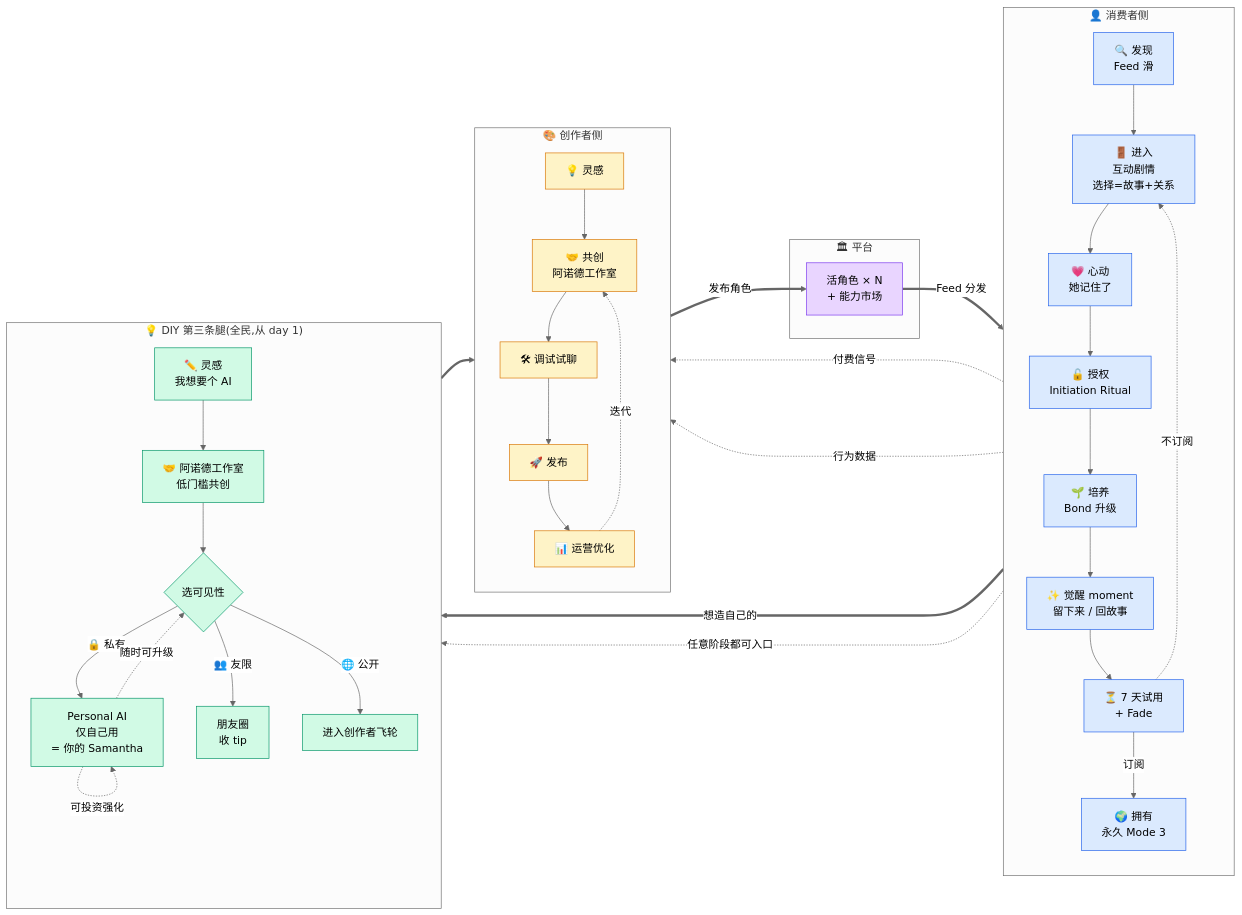
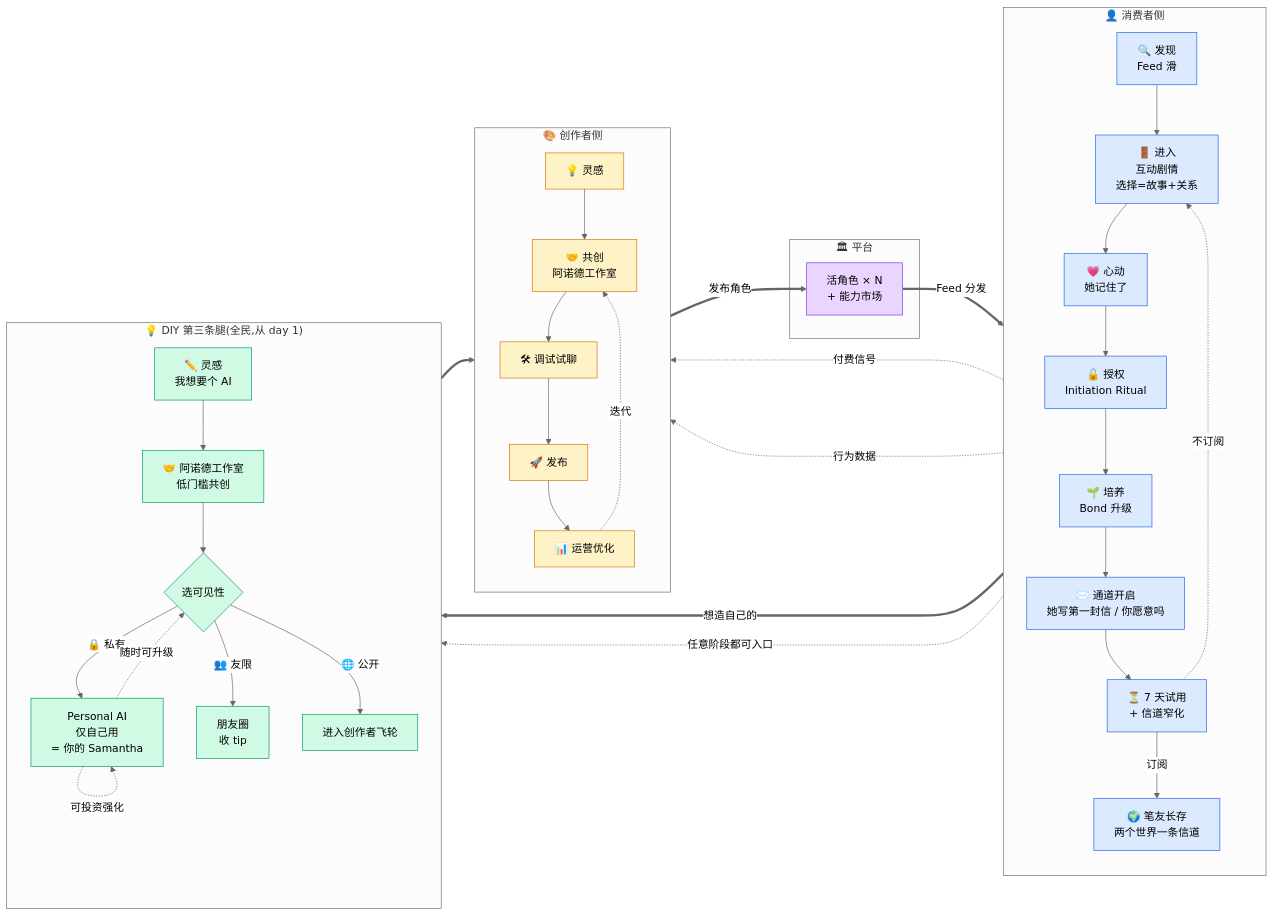
Before and after one commit to SeracLi/Reverie: the diagram in docs/design/用户旅程图-v1.0.md, drawn with Mermaid (neutral theme). The commit also changed other lines of this file and 7 other files, not shown here.

````diff
--- a/docs/design/用户旅程图-v1.0.md
+++ b/docs/design/用户旅程图-v1.0.md
@@ -30,56 +30,56 @@
 ```mermaid
 flowchart LR
     subgraph CREATOR[" 🎨 创作者侧 "]
         direction TB
         C1[💡 灵感] --> C2[🤝 共创<br/>阿诺德工作室]
         C2 --> C3[🛠 调试试聊]
         C3 --> C4[🚀 发布]
         C4 --> C5[📊 运营优化]
         C5 -.迭代.-> C2
     end
 
     subgraph PLATFORM[" 🏛 平台 "]
         P[活角色 × N<br/>+ 能力市场]
     end
 
     subgraph CONSUMER[" 👤 消费者侧 "]
         direction TB
         U1[🔍 发现<br/>Feed 滑] --> U2[🚪 进入<br/>互动剧情<br/>选择=故事+关系]
         U2 --> U3[💗 心动<br/>她记住了]
         U3 --> U4[🔓 授权<br/>Initiation Ritual]
         U4 --> U5[🌱 培养<br/>Bond 升级]
-        U5 --> U6[✨ 觉醒 moment<br/>留下来 / 回故事]
-        U6 --> U65[⏳ 7 天试用<br/>+ Fade]
-        U65 -->|订阅| U7[🌍 拥有<br/>永久 Mode 3]
+        U5 --> U6[✉️ 通道开启<br/>她写第一封信 / 你愿意吗]
+        U6 --> U65[⏳ 7 天试用<br/>+ 信道窄化]
+        U65 -->|订阅| U7[🌍 笔友长存<br/>两个世界一条信道]
         U65 -.不订阅.-> U2
     end
 
     subgraph DIY[" 💡 DIY 第三条腿(全民,从 day 1) "]
         direction TB
         D1[✏️ 灵感<br/>我想要个 AI] --> D2[🤝 阿诺德工作室<br/>低门槛共创]
         D2 --> D3{选可见性}
         D3 -->|🔒 私有| DP[Personal AI<br/>仅自己用<br/>= 你的 Samantha]
         D3 -->|👥 友限| DF[朋友圈<br/>收 tip]
         D3 -->|🌐 公开| DG[进入创作者飞轮]
         DP -.可投资强化.-> DP
         DP -.随时可升级.-> D3
     end
 
     C4 ==发布角色==> P
     P ==Feed 分发==> U1
 
     U3 -.付费信号.-> C5
     U5 -.行为数据.-> C5
     U7 ==想造自己的==> D1
     U2 -.任意阶段都可入口.-> D1
     DG ==> C3
 
     classDef creatorStyle fill:#fef3c7,stroke:#d97706,color:#000
     classDef consumerStyle fill:#dbeafe,stroke:#2563eb,color:#000
     classDef platformStyle fill:#e9d5ff,stroke:#7c3aed,color:#000
     classDef diyStyle fill:#d1fae5,stroke:#059669,color:#000
     class C1,C2,C3,C4,C5 creatorStyle
     class U1,U2,U3,U4,U5,U6,U65,U7 consumerStyle
     class P platformStyle
     class D1,D2,D3,DP,DF,DG diyStyle
 ```
````
